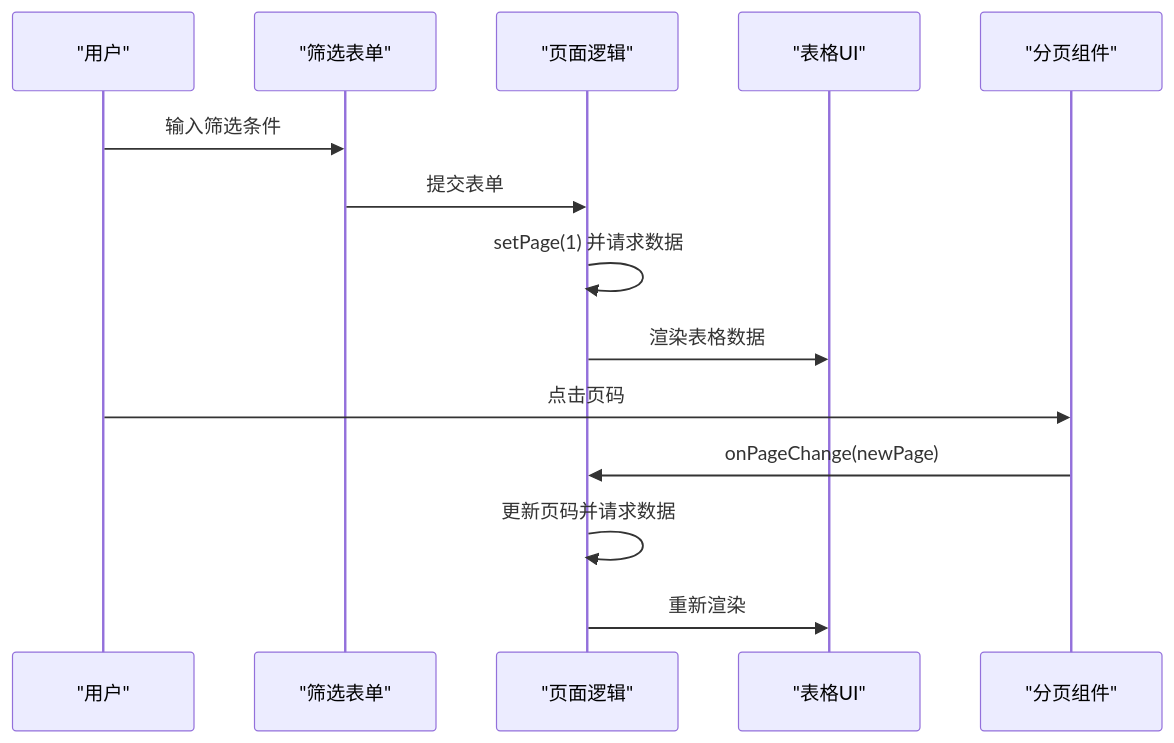
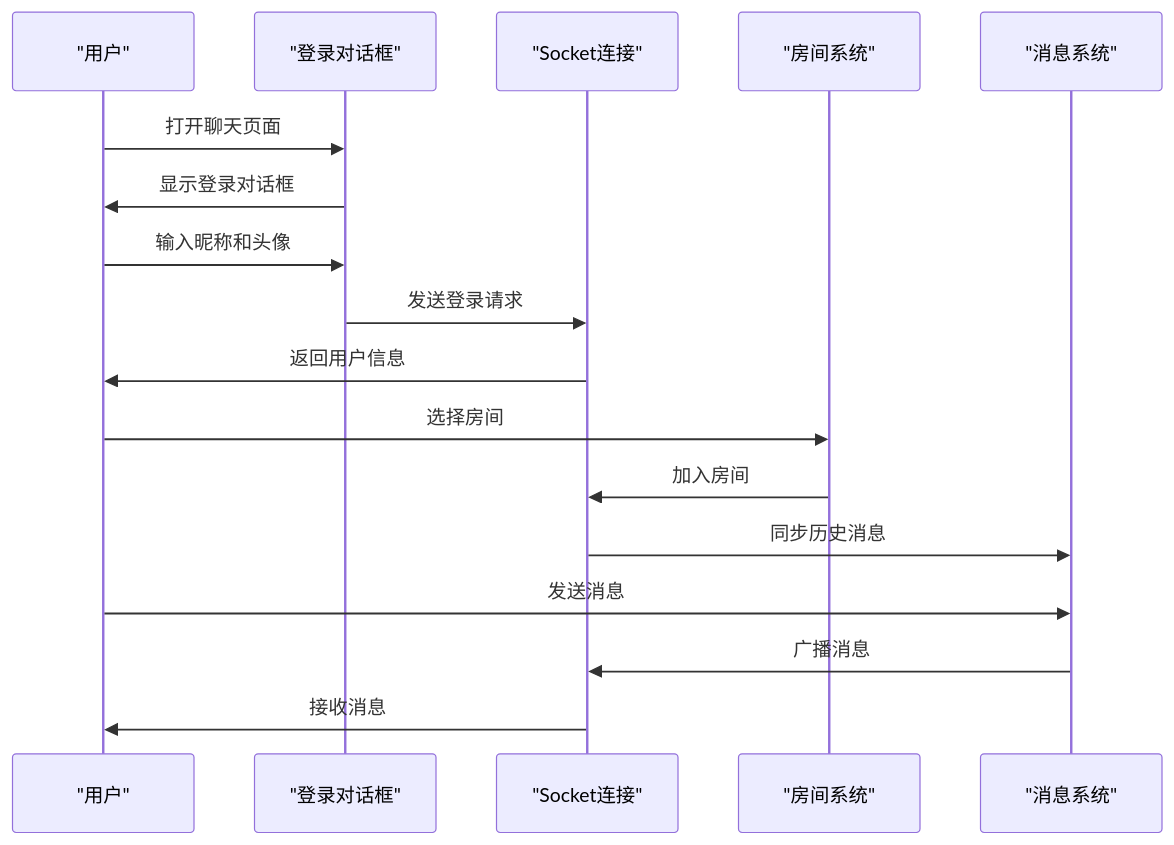
One commit to HAOFUYANG/nextjs-admin changed the second of 2 diagrams in .qoder/repowiki/zh/content/页面路由系统/页面类型组织结构/表格页面.md. Above: the diagram before and after it, drawn with Mermaid. The commit also changed other lines of this file and 36 other files, not shown here.

````diff
--- a/.qoder/repowiki/zh/content/页面路由系统/页面类型组织结构/表格页面.md
+++ b/.qoder/repowiki/zh/content/页面路由系统/页面类型组织结构/表格页面.md
@@ -265,16 +94,19 @@
 ```mermaid
 sequenceDiagram
-participant U as "用户"
-participant F as "筛选表单"
-participant P as "页面逻辑"
-participant T as "表格UI"
-participant Pg as "分页组件"
-U->>F : 输入筛选条件
-F->>P : 提交表单
-P->>P : setPage(1) 并请求数据
-P->>T : 渲染表格数据
-U->>Pg : 点击页码
-Pg->>P : onPageChange(newPage)
-P->>P : 更新页码并请求数据
-P->>T : 重新渲染
+participant User as "用户"
+participant Login as "登录对话框"
+participant Socket as "Socket连接"
+participant Room as "房间系统"
+participant Msg as "消息系统"
+User->>Login : 打开聊天页面
+Login->>User : 显示登录对话框
+User->>Login : 输入昵称和头像
+Login->>Socket : 发送登录请求
+Socket->>User : 返回用户信息
+User->>Room : 选择房间
+Room->>Socket : 加入房间
+Socket->>Msg : 同步历史消息
+User->>Msg : 发送消息
+Msg->>Socket : 广播消息
+Socket->>User : 接收消息
 ```
````
